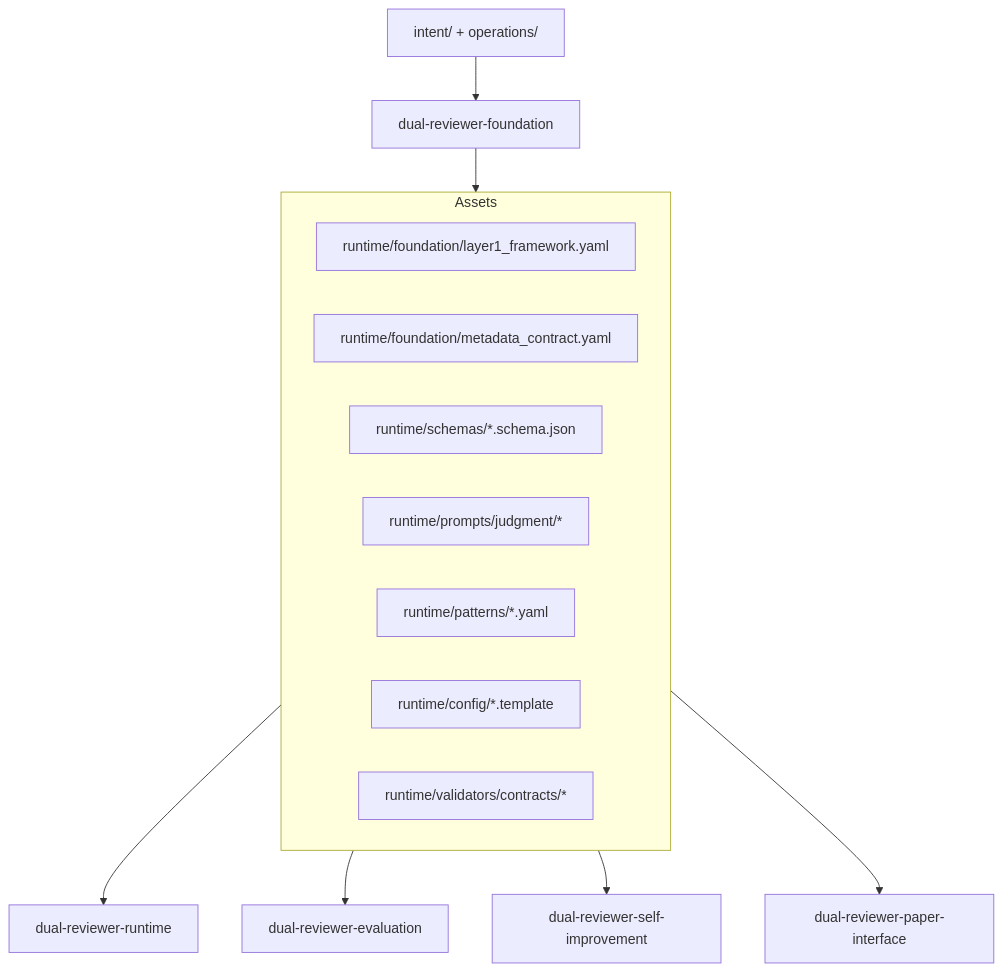
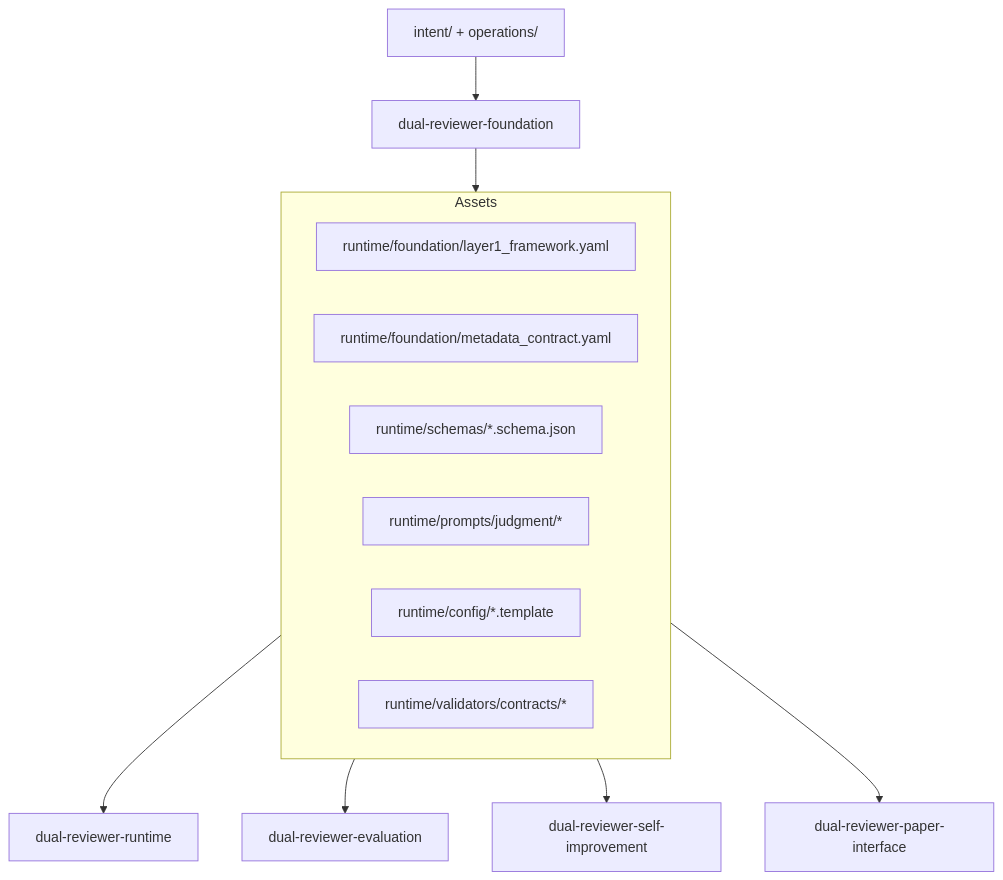
Before and after one commit to kenoogl/Rwiki-dev: the first of 2 diagrams in dual-reviewer-rebuild/.kiro/specs/dual-reviewer-foundation/design.md, drawn with Mermaid. The commit also changed other lines of this file and 11 other files, not shown here.

````diff
--- a/dual-reviewer-rebuild/.kiro/specs/dual-reviewer-foundation/design.md
+++ b/dual-reviewer-rebuild/.kiro/specs/dual-reviewer-foundation/design.md
@@ -84,19 +84,18 @@
 ```mermaid
 graph TD
     Intent["intent/ + operations/"] --> Foundation["dual-reviewer-foundation"]
     Foundation --> Assets["runtime shared assets"]
     Assets --> Runtime["dual-reviewer-runtime"]
     Assets --> Evaluation["dual-reviewer-evaluation"]
     Assets --> Improve["dual-reviewer-self-improvement"]
     Assets --> Paper["dual-reviewer-paper-interface"]
 
     subgraph Assets
       Framework["runtime/foundation/layer1_framework.yaml"]
       Metadata["runtime/foundation/metadata_contract.yaml"]
       Schemas["runtime/schemas/*.schema.json"]
       Prompts["runtime/prompts/judgment/*"]
-      Patterns["runtime/patterns/*.yaml"]
       Config["runtime/config/*.template"]
       Validators["runtime/validators/contracts/*"]
     end
 ```
````
